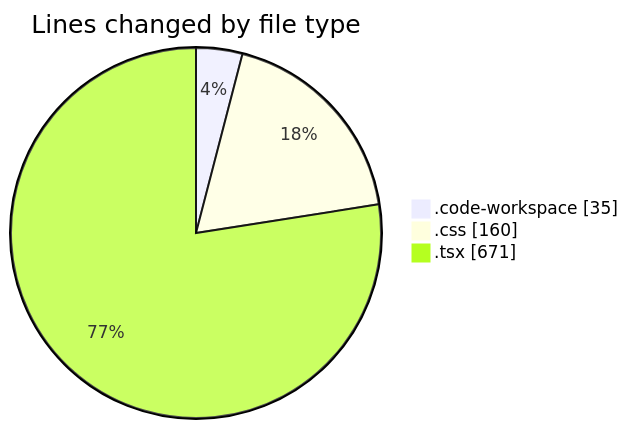
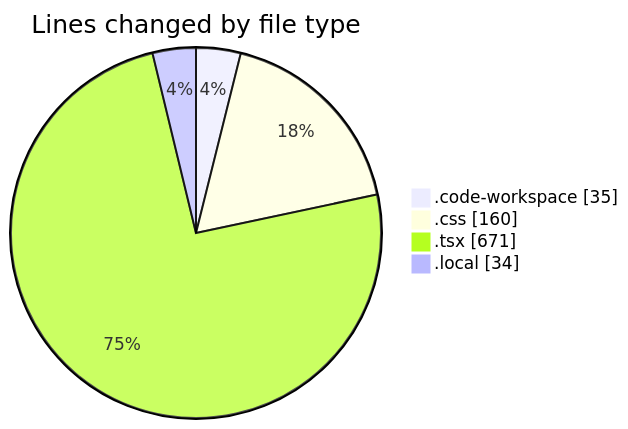
Before and after one commit to julien-gomy/code-tracking: the first of 2 diagrams in 2025-11-19/eventscop__workspace_/README.md, drawn with Mermaid. The commit also changed other lines of this file and 1 other file, not shown here.

````diff
--- a/2025-11-19/eventscop__workspace_/README.md
+++ b/2025-11-19/eventscop__workspace_/README.md
@@ -22,7 +23,8 @@
 ```mermaid
 pie showData
 title Lines changed by file type
 ".code-workspace" : 35
 ".css" : 160
 ".tsx" : 671
+".local" : 34
 ```
````
